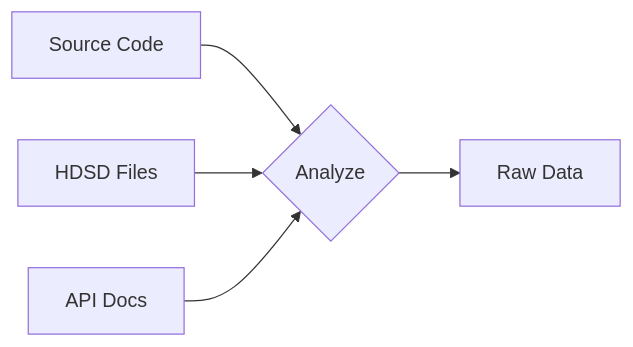
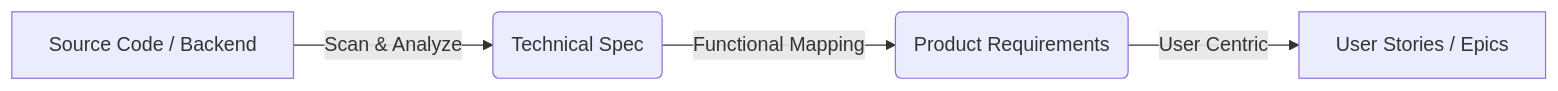
One commit to ht-nah98/product-craft-kit changed the diagram in .agent/skills/reverse_doc_from_code/SKILL.md. Above: the diagram before and after it, drawn with Mermaid. The commit also changed other lines of this file and 28 other files, not shown here.

Commit message:
Refactor documentation templates into new product requirements and technical specs categories, and update skills and workflows to align with the new structure including a "Reverse-PO" workflow.

````diff
--- a/.agent/skills/reverse_doc_from_code/SKILL.md
+++ b/.agent/skills/reverse_doc_from_code/SKILL.md
@@ -24,7 +24,6 @@
 ```mermaid
 flowchart LR
-    A[Source Code] --> D{Analyze}
-    B[HDSD Files] --> D
-    C[API Docs] --> D
-    D --> E[Raw Data]
+    A[Source Code / Backend] -->|Scan & Analyze| B(Technical Spec)
+    B -->|Functional Mapping| C(Product Requirements)
+    C -->|User Centric| D[User Stories / Epics]
 ```
````
